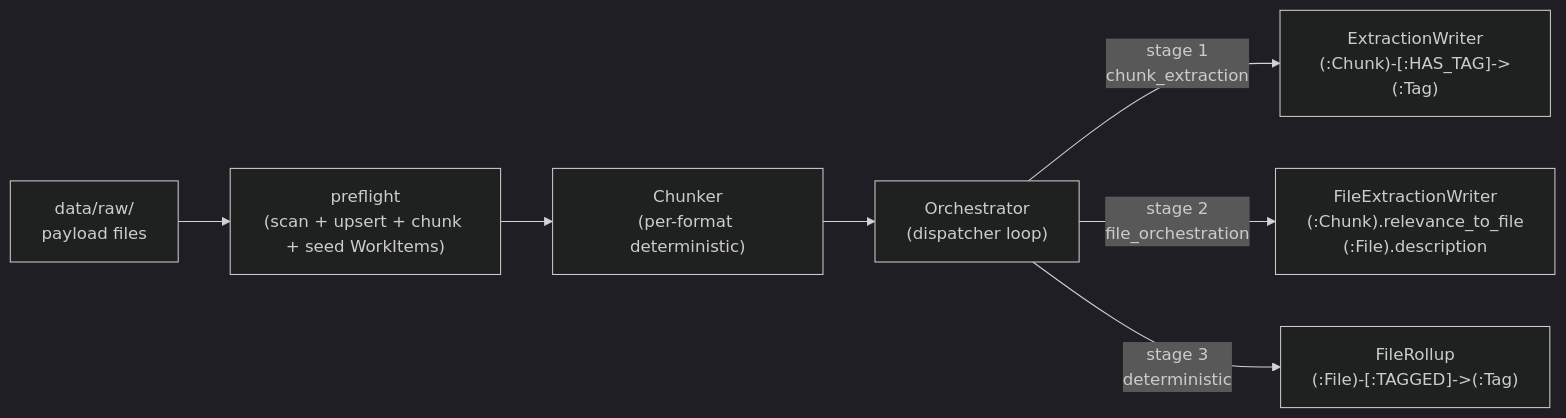
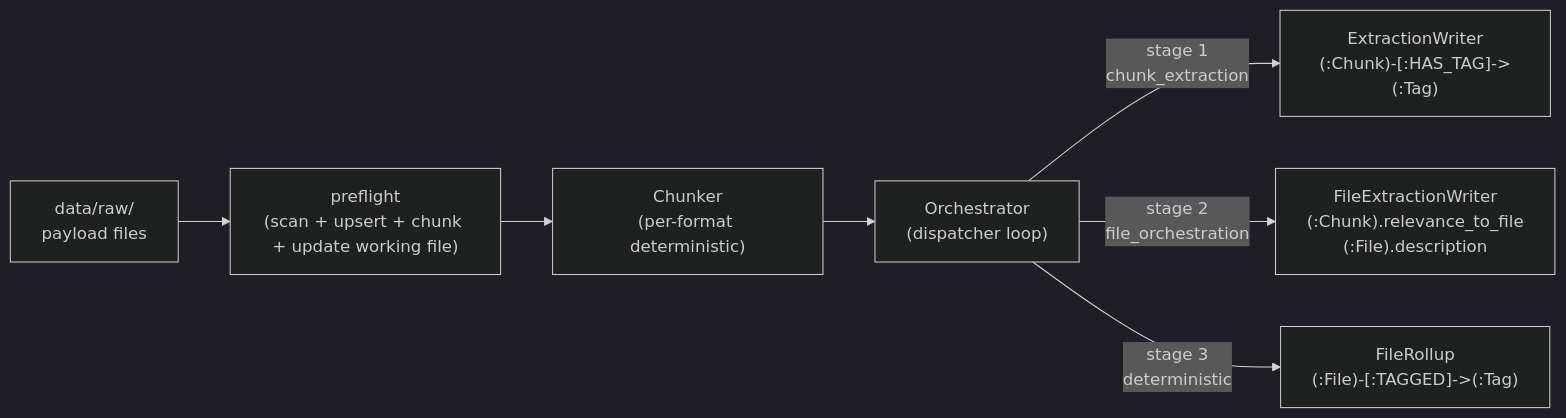
One commit to Objuret/GRAG-Job changed the diagram in backend/docs/agent_brief.md. Above: the diagram before and after it, drawn with Mermaid (dark theme). The commit also changed other lines of this file and 30 other files, not shown here.

````diff
--- a/backend/docs/agent_brief.md
+++ b/backend/docs/agent_brief.md
@@ -19,9 +19,9 @@
 ```mermaid
 flowchart LR
-    raw["data/raw/<br/>payload files"] --> preflight["preflight<br/>(scan + upsert + chunk + seed WorkItems)"]
+    raw["data/raw/<br/>payload files"] --> preflight["preflight<br/>(scan + upsert + chunk + update working file)"]
     preflight --> chunker["Chunker<br/>(per-format deterministic)"]
     chunker --> orch["Orchestrator<br/>(dispatcher loop)"]
     orch -- "stage 1<br/>chunk_extraction" --> ext["ExtractionWriter<br/>(:Chunk)-[:HAS_TAG]->(:Tag)"]
     orch -- "stage 2<br/>file_orchestration" --> fw["FileExtractionWriter<br/>(:Chunk).relevance_to_file<br/>(:File).description"]
     orch -- "stage 3<br/>deterministic" --> rollup["FileRollup<br/>(:File)-[:TAGGED]->(:Tag)"]
 ```
````
